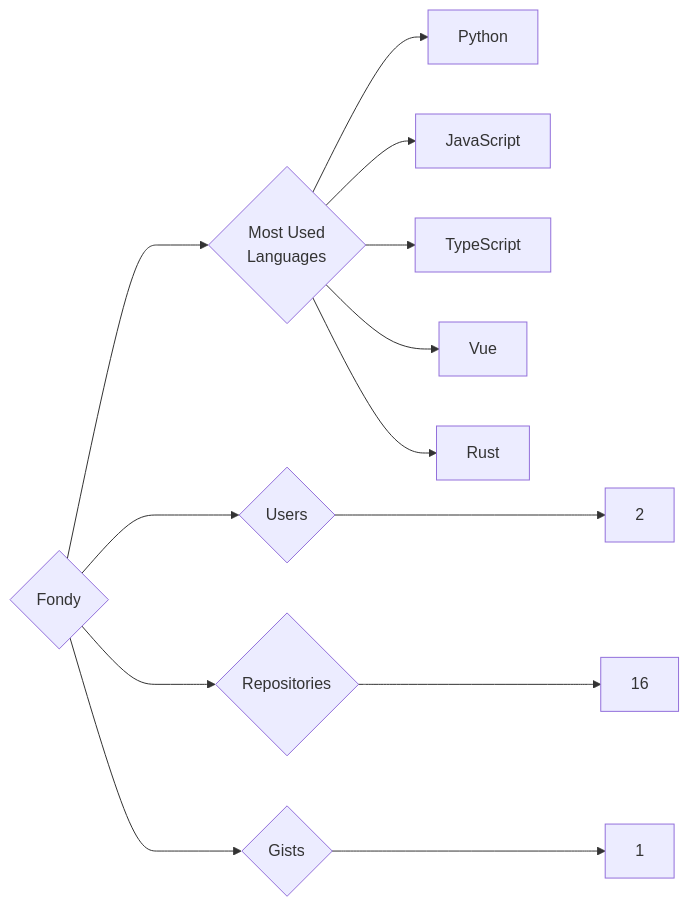
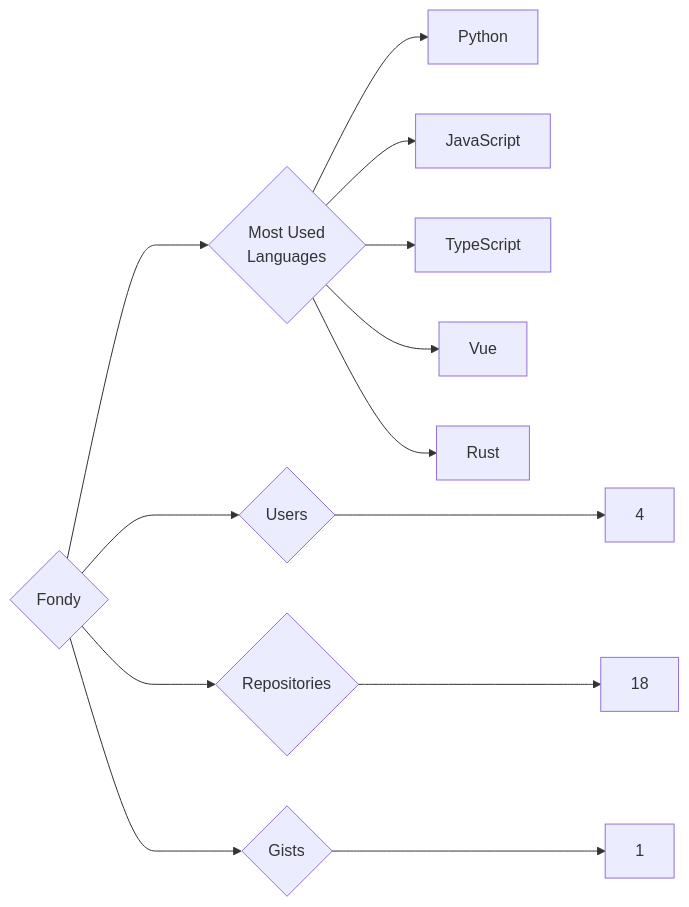
Before and after one commit to trickest/insiders: the diagram in targets/Fondy/README.md, drawn with Mermaid. The commit also changed 1089 other files, not shown here.

````diff
--- a/targets/Fondy/README.md
+++ b/targets/Fondy/README.md
@@ -3,13 +3,13 @@
 ```mermaid
 graph LR
 COMPANY_NAME{Fondy}
-COMPANY_NAME ---> U{Users} ---> UN[2]
-COMPANY_NAME ---> R{Repositories} ---> RN[16]
+COMPANY_NAME ---> U{Users} ---> UN[4]
+COMPANY_NAME ---> R{Repositories} ---> RN[18]
 COMPANY_NAME ---> G{Gists} ---> GN[1]
 COMPANY_NAME ---> ML{Most Used<br>Languages}
 ML --> Python[Python]
 ML --> JavaScript[JavaScript]
 ML --> TypeScript[TypeScript]
 ML --> Vue[Vue]
 ML --> Rust[Rust]
 ```
````
